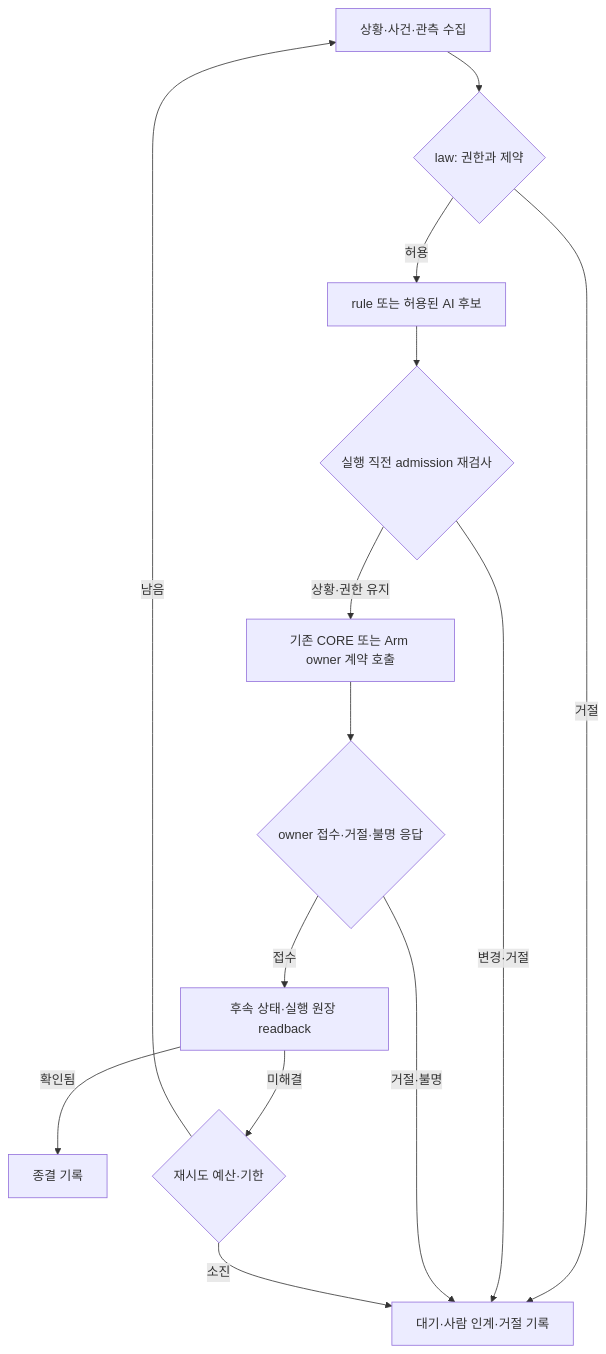
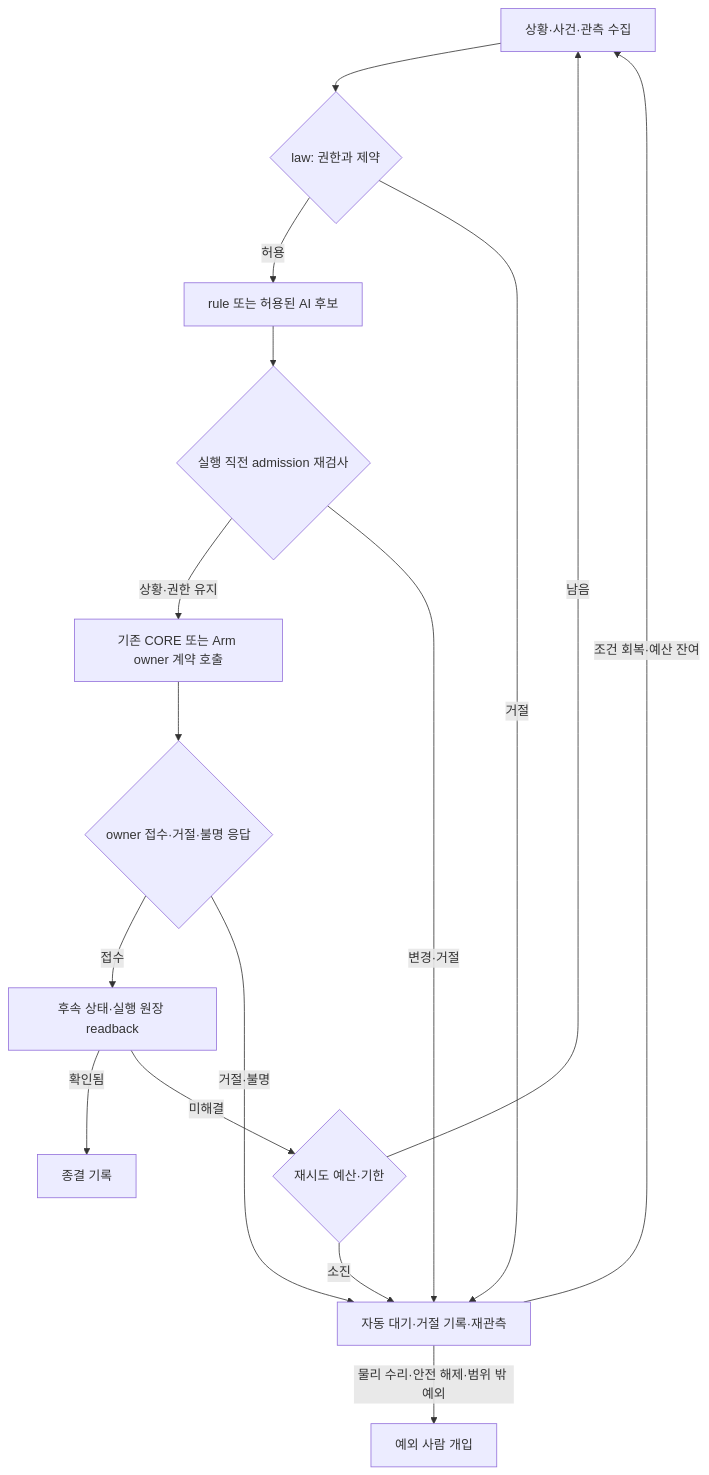
The diagram in docs/reference/fleet-rulebook.md (robotics-team-1213/rosy-platform), drawn with Mermaid before and after one commit. The commit also changed other lines of this file and 11 other files, not shown here.

````diff
--- a/docs/reference/fleet-rulebook.md
+++ b/docs/reference/fleet-rulebook.md
@@ -9,16 +19,18 @@
 ```mermaid
 flowchart TD
     O[상황·사건·관측 수집] --> L{law: 권한과 제약}
     L -->|허용| R[rule 또는 허용된 AI 후보]
-    L -->|거절| H[대기·사람 인계·거절 기록]
+    L -->|거절| H[자동 대기·거절 기록·재관측]
     R --> A{실행 직전 admission 재검사}
     A -->|상황·권한 유지| D[기존 CORE 또는 Arm owner 계약 호출]
     A -->|변경·거절| H
     D --> C{owner 접수·거절·불명 응답}
     C -->|접수| V[후속 상태·실행 원장 readback]
     C -->|거절·불명| H
     V -->|확인됨| E[종결 기록]
     V -->|미해결| B{재시도 예산·기한}
     B -->|남음| O
     B -->|소진| H
+    H -->|조건 회복·예산 잔여| O
+    H -->|물리 수리·안전 해제·범위 밖 예외| U[예외 사람 개입]
 ```
````
